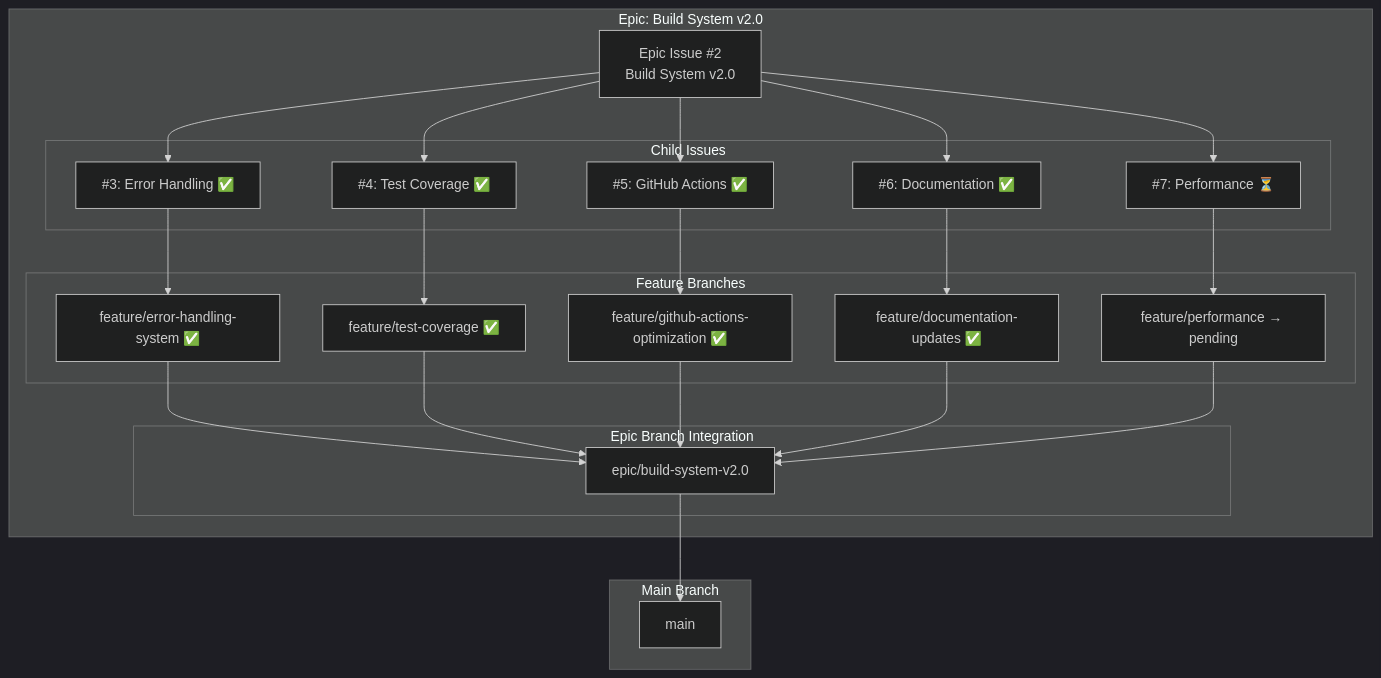
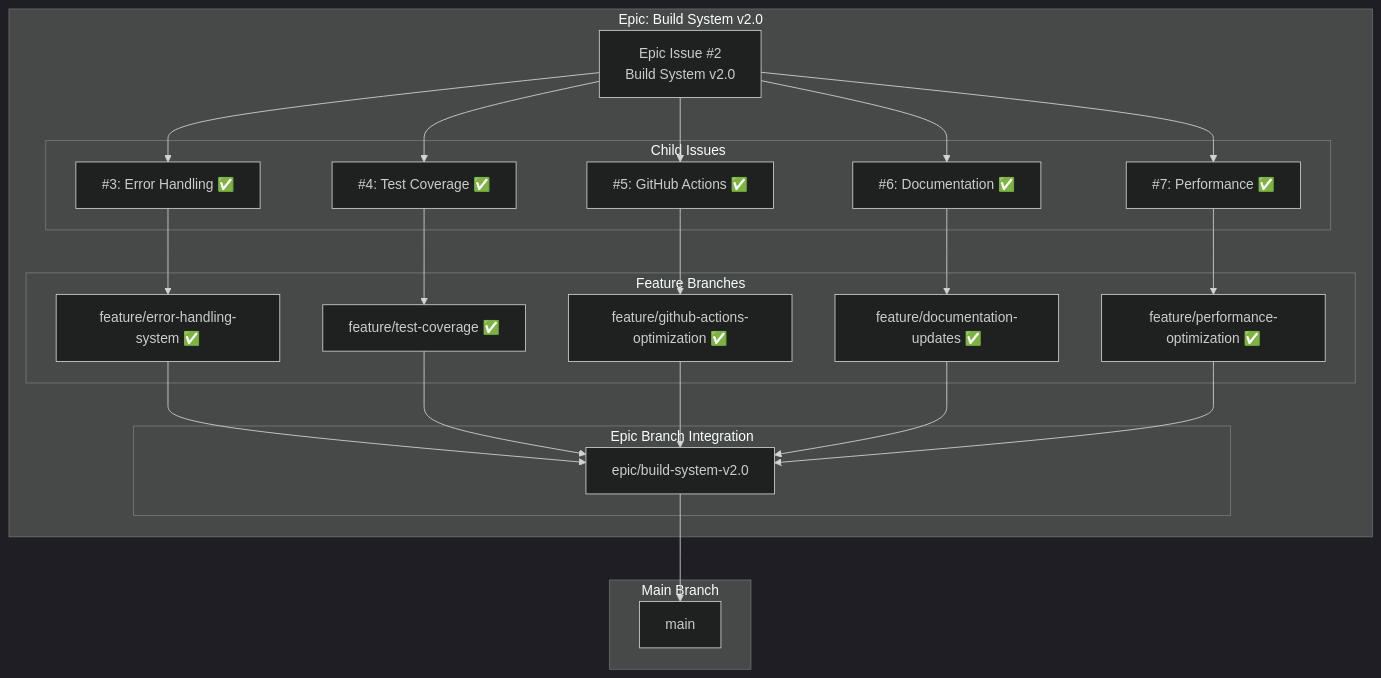
Before and after one commit to info-tech-io/hugo-templates: the first of 5 diagrams in docs/epic-progress-visual.md, drawn with Mermaid (dark theme). The commit also changed other lines of this file, not shown here.

````diff
--- a/docs/epic-progress-visual.md
+++ b/docs/epic-progress-visual.md
@@ -5,50 +5,50 @@
 ```mermaid
 graph TB
     subgraph "Epic: Build System v2.0"
         E[Epic Issue #2<br/>Build System v2.0]
 
         subgraph "Child Issues"
             C1[#3: Error Handling ✅]
             C2[#4: Test Coverage ✅]
             C3[#5: GitHub Actions ✅]
             C4[#6: Documentation ✅]
-            C5[#7: Performance ⏳]
+            C5[#7: Performance ✅]
         end
 
         subgraph "Feature Branches"
             F1[feature/error-handling-system ✅]
             F2[feature/test-coverage ✅]
             F3[feature/github-actions-optimization ✅]
             F4[feature/documentation-updates ✅]
-            F5[feature/performance → pending]
+            F5[feature/performance-optimization ✅]
         end
 
         subgraph "Epic Branch Integration"
             EB[epic/build-system-v2.0]
         end
 
         E --> C1
         E --> C2
         E --> C3
         E --> C4
         E --> C5
 
         C1 --> F1
         C2 --> F2
         C3 --> F3
         C4 --> F4
         C5 --> F5
 
         F1 --> EB
         F2 --> EB
         F3 --> EB
         F4 --> EB
         F5 --> EB
     end
 
     subgraph "Main Branch"
         M[main]
     end
 
     EB --> M
 ```
````
